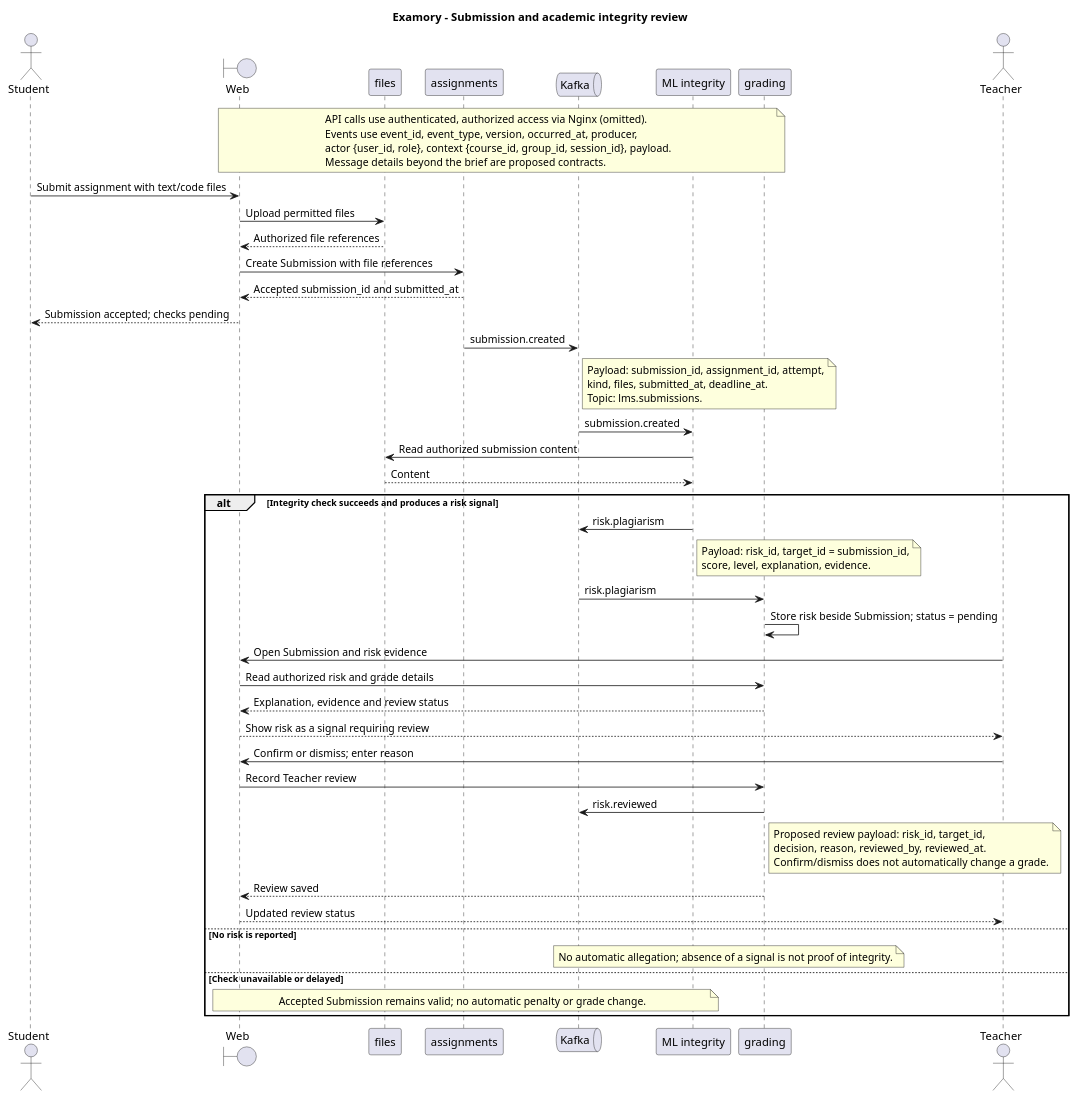
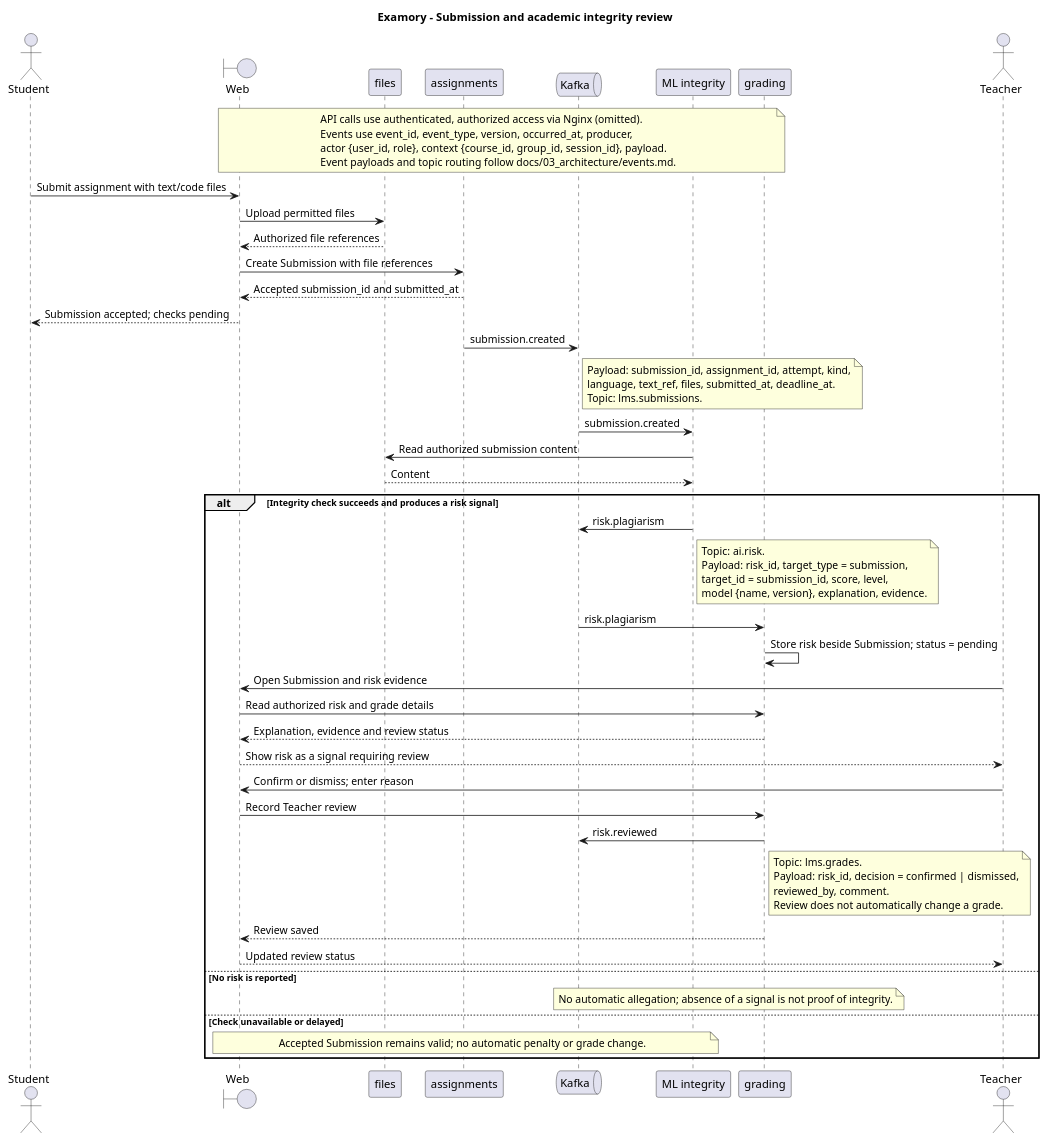
The diagram in docs/04_uml/seq_submission_integrity.puml (Newterios/Examory), drawn with PlantUML before and after one commit. The commit also changed 4 other files, not shown here.

Commit message:
LMS-20: align docs with Kafka event contract

```diff
--- a/docs/04_uml/seq_submission_integrity.puml
+++ b/docs/04_uml/seq_submission_integrity.puml
@@ -2,60 +2,63 @@
 @startuml
 title Examory - Submission and academic integrity review
 actor Student
 boundary Web
 participant files
 participant assignments
 queue Kafka
 participant "ML integrity" as Integrity
 participant grading
 actor Teacher
 
 note over Web, grading
   API calls use authenticated, authorized access via Nginx (omitted).
   Events use event_id, event_type, version, occurred_at, producer,
   actor {user_id, role}, context {course_id, group_id, session_id}, payload.
-  Message details beyond the brief are proposed contracts.
+  Event payloads and topic routing follow docs/03_architecture/events.md.
 end note
 Student -> Web : Submit assignment with text/code files
 Web -> files : Upload permitted files
 files --> Web : Authorized file references
 Web -> assignments : Create Submission with file references
 assignments --> Web : Accepted submission_id and submitted_at
 Web --> Student : Submission accepted; checks pending
 assignments -> Kafka : submission.created
 note right of Kafka
-  Payload: submission_id, assignment_id, attempt,
-  kind, files, submitted_at, deadline_at.
+  Payload: submission_id, assignment_id, attempt, kind,
+  language, text_ref, files, submitted_at, deadline_at.
   Topic: lms.submissions.
 end note
 Kafka -> Integrity : submission.created
 Integrity -> files : Read authorized submission content
 files --> Integrity : Content
 alt Integrity check succeeds and produces a risk signal
   Integrity -> Kafka : risk.plagiarism
   note right of Integrity
-    Payload: risk_id, target_id = submission_id,
-    score, level, explanation, evidence.
+    Topic: ai.risk.
+    Payload: risk_id, target_type = submission,
+    target_id = submission_id, score, level,
+    model {name, version}, explanation, evidence.
   end note
   Kafka -> grading : risk.plagiarism
   grading -> grading : Store risk beside Submission; status = pending
   Teacher -> Web : Open Submission and risk evidence
   Web -> grading : Read authorized risk and grade details
   grading --> Web : Explanation, evidence and review status
   Web --> Teacher : Show risk as a signal requiring review
   Teacher -> Web : Confirm or dismiss; enter reason
   Web -> grading : Record Teacher review
   grading -> Kafka : risk.reviewed
   note right of grading
-    Proposed review payload: risk_id, target_id,
-    decision, reason, reviewed_by, reviewed_at.
-    Confirm/dismiss does not automatically change a grade.
+    Topic: lms.grades.
+    Payload: risk_id, decision = confirmed | dismissed,
+    reviewed_by, comment.
+    Review does not automatically change a grade.
   end note
   grading --> Web : Review saved
   Web --> Teacher : Updated review status
 else No risk is reported
   note over Integrity, grading : No automatic allegation; absence of a signal is not proof of integrity.
 else Check unavailable or delayed
   note over Web, Integrity : Accepted Submission remains valid; no automatic penalty or grade change.
 end
 @enduml
```
